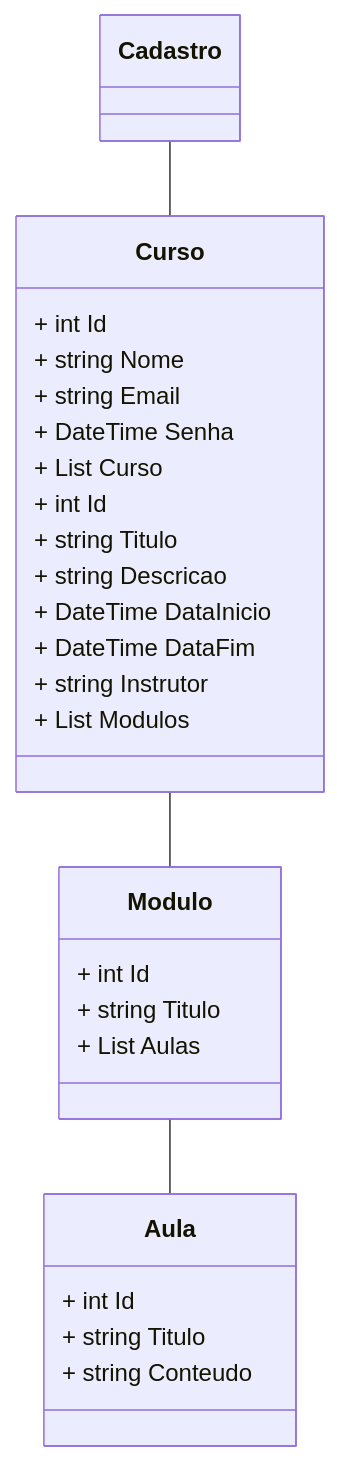
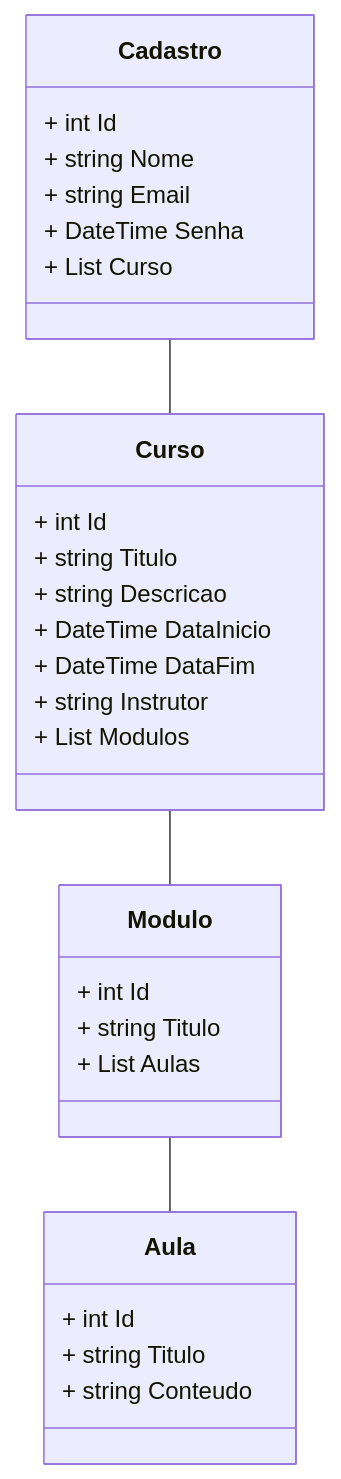
The diagram in README.md (VictorAntunesJ/Api-SistemaCursosDistancia), drawn with Mermaid before and after one commit.

````diff
--- a/README.md
+++ b/README.md
@@ -3,38 +3,38 @@
 ```mermaid
 classDiagram
 
-class Curso {
+class Cadastro {
   + int Id
   + string Nome
   + string Email
   + DateTime Senha
   + List<Curso> Curso
 }
 
 class Curso {
   + int Id
   + string Titulo
   + string Descricao
   + DateTime DataInicio
   + DateTime DataFim
   + string Instrutor
   + List<Modulo> Modulos
 }
 
 class Modulo {
   + int Id
   + string Titulo
   + List<Aula> Aulas
 }
 
 class Aula {
   + int Id
   + string Titulo
   + string Conteudo
 }
 
 Cadastro "" -- "" Curso
 Curso "" -- "" Modulo 
 Modulo "" -- "" Aula 
 
 ```
````
